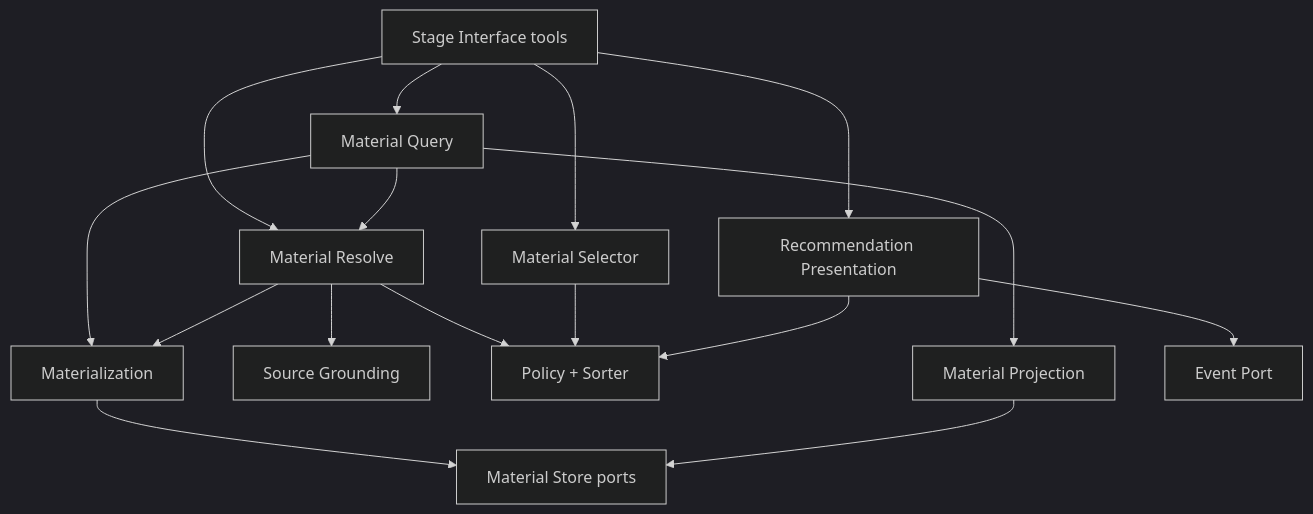
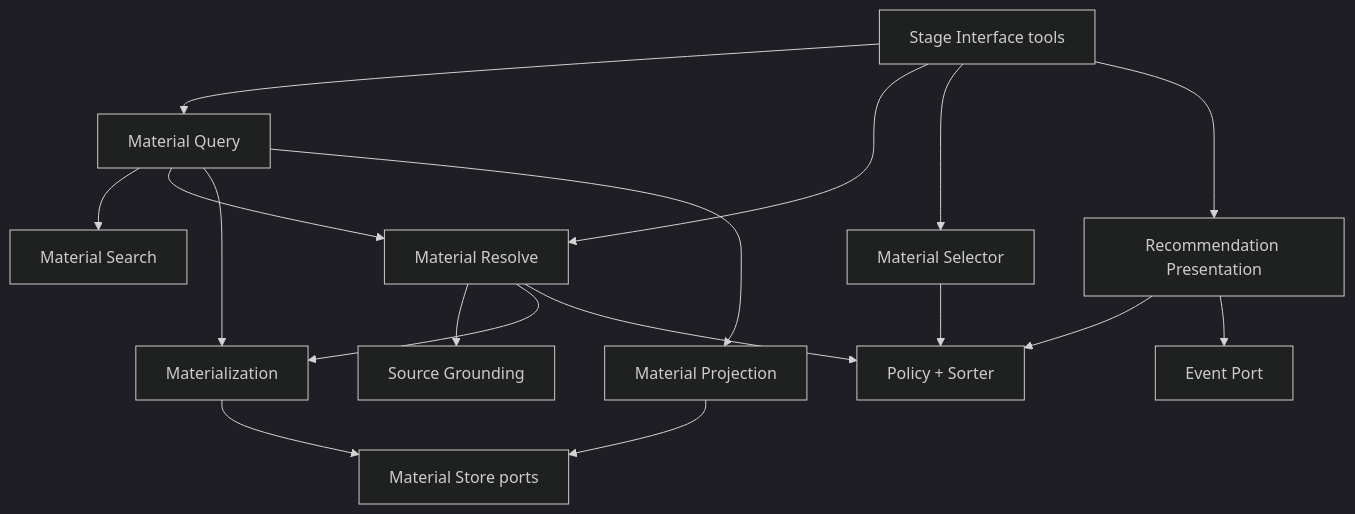
One commit to Odefined/MineMusic changed the diagram in docs/material/design.md. Above: the diagram before and after it, drawn with Mermaid (dark theme). The commit also changed other lines of this file and 15 other files, not shown here.

Commit message:
docs: sync material search implementation state

````diff
--- a/docs/material/design.md
+++ b/docs/material/design.md
@@ -40,18 +40,19 @@
 ```mermaid
 flowchart TD
     SI["Stage Interface tools"] --> MQ["Material Query"]
     SI --> MR["Material Resolve"]
     SI --> MSel["Material Selector"]
     SI --> RP["Recommendation Presentation"]
+    MQ --> MS["Material Search"]
     MQ --> MR
     MQ --> MM["Materialization"]
     MR --> SG["Source Grounding"]
     MR --> MM
     MR --> POL["Policy + Sorter"]
     MQ --> MP["Material Projection"]
     MSel --> POL
     RP --> POL
     RP --> EV["Event Port"]
     MM --> STORE["Material Store ports"]
     MP --> STORE
 ```
````
